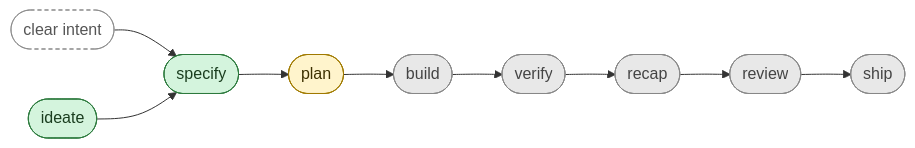
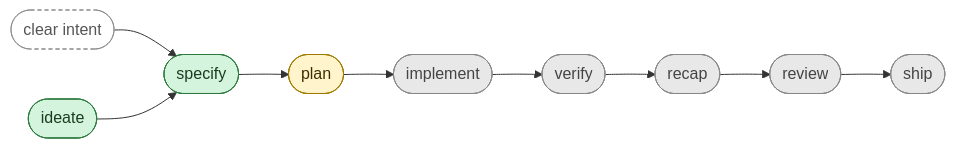
One commit to specscore/specstudio-skills changed the diagram in spec/features/skills/README.md. Above: the diagram before and after it, drawn with Mermaid. The commit also changed other lines of this file and 16 other files, not shown here.

````diff
--- a/spec/features/skills/README.md
+++ b/spec/features/skills/README.md
@@ -81,11 +81,11 @@
 ```mermaid
 flowchart LR
     intent([clear intent]):::input
     intent --> specify
-    ideate([ideate]):::shipped --> specify([specify]):::shipped --> plan([plan]):::defined --> build([build]):::roadmap --> verify([verify]):::roadmap --> recap([recap]):::roadmap --> review([review]):::roadmap --> ship([ship]):::roadmap
+    ideate([ideate]):::shipped --> specify([specify]):::shipped --> plan([plan]):::defined --> implement([implement]):::roadmap --> verify([verify]):::roadmap --> recap([recap]):::roadmap --> review([review]):::roadmap --> ship([ship]):::roadmap
 
     classDef shipped fill:#d4f4dd,stroke:#2d7a3e,color:#1a3d1f
     classDef defined fill:#fff4cc,stroke:#a07a00,color:#3d3000
     classDef roadmap fill:#e8e8e8,stroke:#888,color:#444
     classDef input fill:none,stroke:#888,stroke-dasharray:4 3,color:#555
 ```
````
